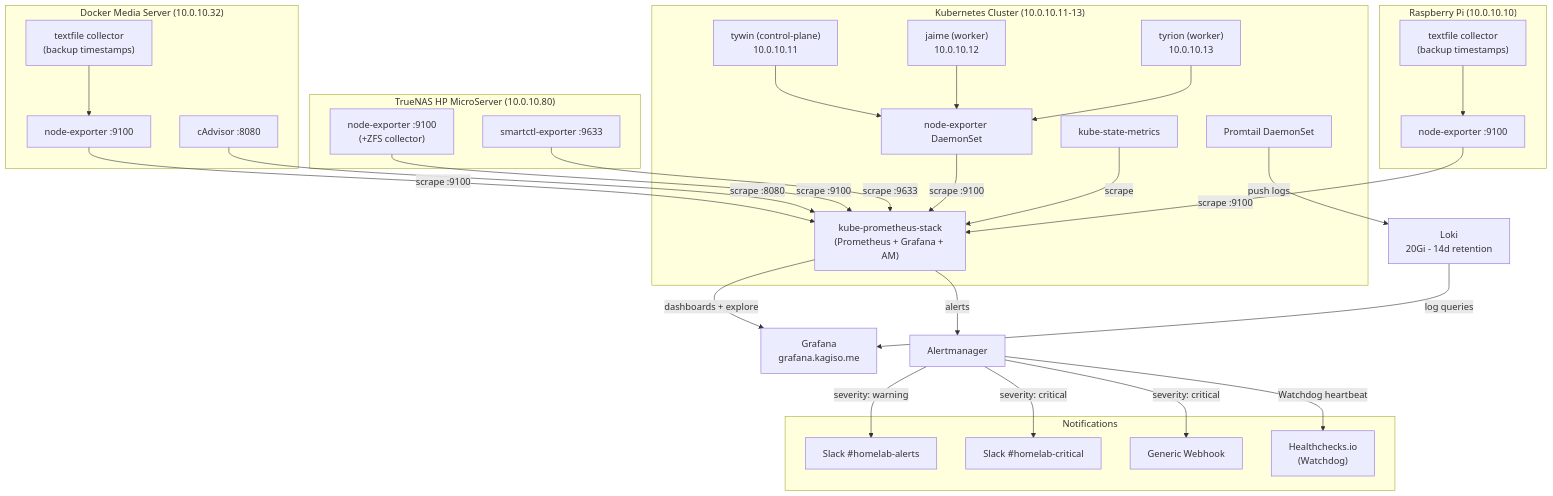
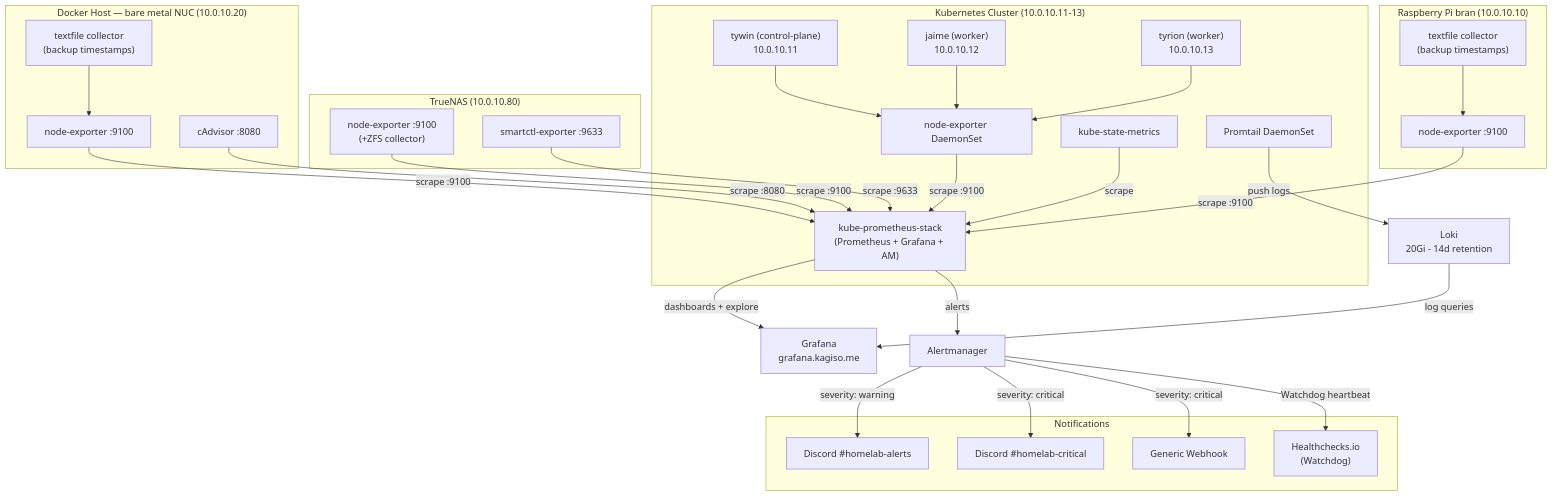
One commit to Kagiso-me/homelab-infrastructure changed the diagram in docs/guides/09-Monitoring-Observability.md. Above: the diagram before and after it, drawn with Mermaid. The commit also changed other lines of this file and 47 other files, not shown here.

````diff
--- a/docs/guides/09-Monitoring-Observability.md
+++ b/docs/guides/09-Monitoring-Observability.md
@@ -80,62 +80,62 @@
 ```mermaid
 graph TD
     subgraph k8s["Kubernetes Cluster (10.0.10.11-13)"]
         tywin["tywin (control-plane)\n10.0.10.11"]
         jaime["jaime (worker)\n10.0.10.12"]
         tyrion["tyrion (worker)\n10.0.10.13"]
         ne_k8s["node-exporter DaemonSet"]
         ksm["kube-state-metrics"]
         promtail["Promtail DaemonSet"]
         prom_stack["kube-prometheus-stack\n(Prometheus + Grafana + AM)"]
     end
 
-    subgraph docker["Docker Media Server (10.0.10.32)"]
+    subgraph docker["Docker Host — bare metal NUC (10.0.10.20)"]
         ne_docker["node-exporter :9100"]
         cadvisor["cAdvisor :8080"]
         backup_txt["textfile collector\n(backup timestamps)"]
     end
 
-    subgraph truenas["TrueNAS HP MicroServer (10.0.10.80)"]
+    subgraph truenas["TrueNAS (10.0.10.80)"]
         ne_truenas["node-exporter :9100\n(+ZFS collector)"]
         smartctl["smartctl-exporter :9633"]
     end
 
-    subgraph rpi["Raspberry Pi (10.0.10.10)"]
+    subgraph rpi["Raspberry Pi bran (10.0.10.10)"]
         ne_rpi["node-exporter :9100"]
         rpi_txt["textfile collector\n(backup timestamps)"]
     end
 
     subgraph notify["Notifications"]
-        slack_warn["Slack #homelab-alerts"]
-        slack_crit["Slack #homelab-critical"]
+        discord_warn["Discord #homelab-alerts"]
+        discord_crit["Discord #homelab-critical"]
         webhook["Generic Webhook"]
         hcio["Healthchecks.io\n(Watchdog)"]
     end
 
     tywin --> ne_k8s
     jaime --> ne_k8s
     tyrion --> ne_k8s
 
     ne_k8s -->|scrape :9100| prom_stack
     ksm -->|scrape| prom_stack
     promtail -->|push logs| loki["Loki\n20Gi - 14d retention"]
 
     ne_docker -->|scrape :9100| prom_stack
     cadvisor -->|scrape :8080| prom_stack
     backup_txt --> ne_docker
 
     ne_truenas -->|scrape :9100| prom_stack
     smartctl -->|scrape :9633| prom_stack
 
     ne_rpi -->|scrape :9100| prom_stack
     rpi_txt --> ne_rpi
 
     prom_stack -->|dashboards + explore| grafana["Grafana\ngrafana.kagiso.me"]
     loki -->|log queries| grafana
 
     prom_stack -->|alerts| am["Alertmanager"]
-    am -->|severity: warning| slack_warn
-    am -->|severity: critical| slack_crit
+    am -->|severity: warning| discord_warn
+    am -->|severity: critical| discord_crit
     am -->|severity: critical| webhook
     am -->|Watchdog heartbeat| hcio
 ```
````
